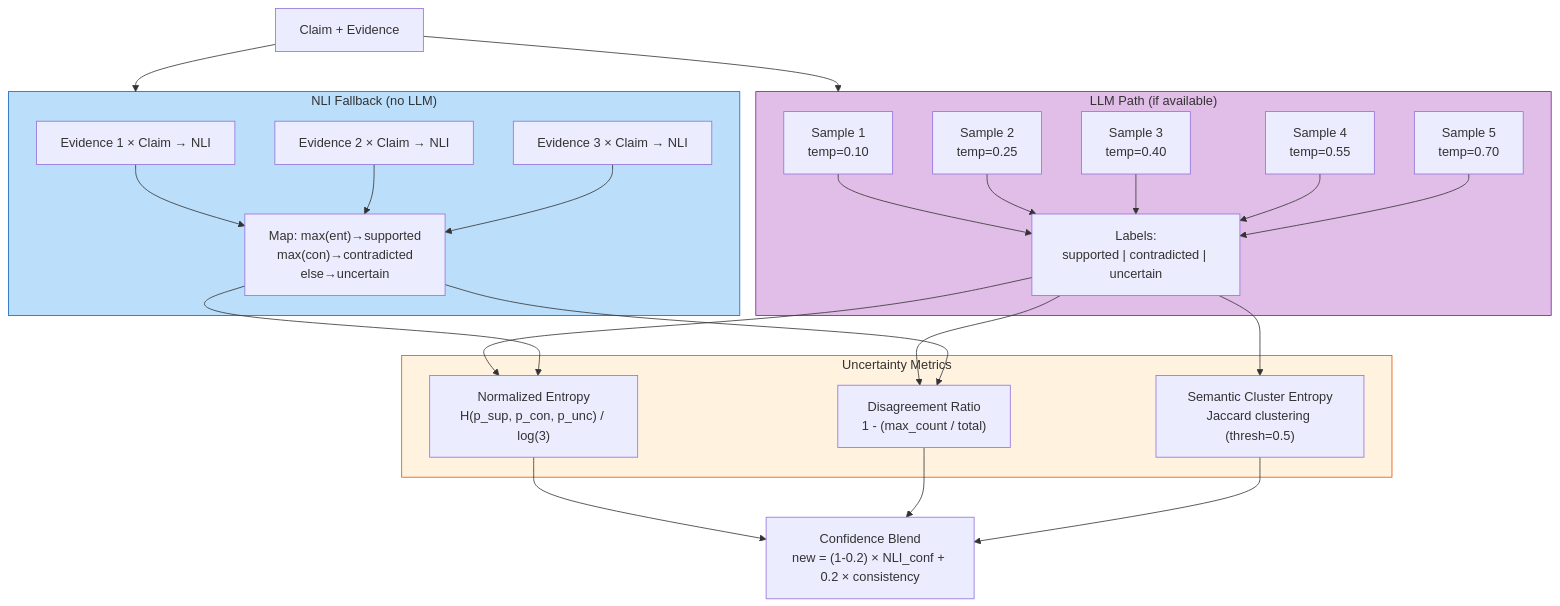
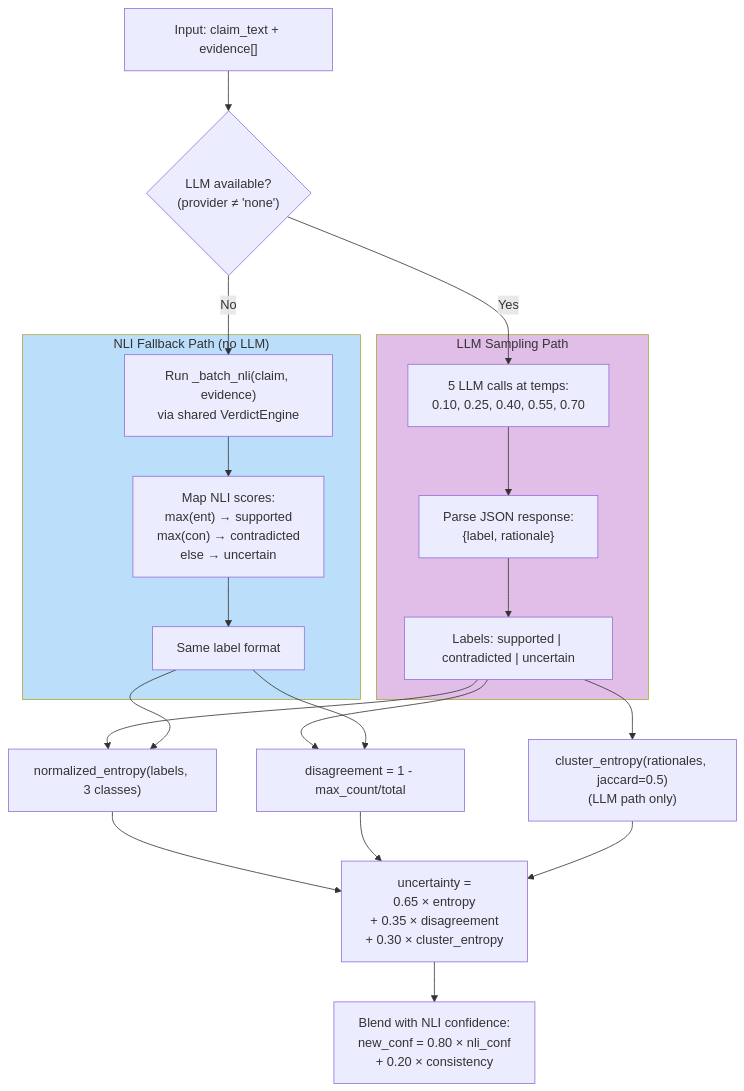
Before and after one commit to ASHISH-ADITYA/VeriFACT-AI: the sixth of 10 diagrams in DIAGRAMS_MERMAID.md, drawn with Mermaid. The commit also changed other lines of this file, not shown here.

Commit message:
Rewrite all 10 diagrams: verified against source code, exact decision branches

````diff
--- a/DIAGRAMS_MERMAID.md
+++ b/DIAGRAMS_MERMAID.md
@@ -341,55 +343,44 @@
 ```mermaid
 graph TD
-    CLAIM["Claim + Evidence"]
+    INPUT["Input: claim_text + evidence[]"]
 
-    subgraph LLM_PATH["LLM Path (if available)"]
-        S1["Sample 1<br/>temp=0.10"]
-        S2["Sample 2<br/>temp=0.25"]
-        S3["Sample 3<br/>temp=0.40"]
-        S4["Sample 4<br/>temp=0.55"]
-        S5["Sample 5<br/>temp=0.70"]
-        LABELS["Labels:<br/>supported | contradicted | uncertain"]
+    CHECK{"LLM available?\n(provider ≠ 'none')"}
+
+    subgraph LLM_PATH["LLM Sampling Path"]
+        SAMPLE["5 LLM calls at temps:\n0.10, 0.25, 0.40, 0.55, 0.70"]
+        PARSE["Parse JSON response:\n{label, rationale}"]
+        LABELS_LLM["Labels: supported | contradicted | uncertain"]
     end
 
-    subgraph NLI_PATH["NLI Fallback (no LLM)"]
-        E1["Evidence 1 × Claim → NLI"]
-        E2["Evidence 2 × Claim → NLI"]
-        E3["Evidence 3 × Claim → NLI"]
-        NLILABELS["Map: max(ent)→supported<br/>max(con)→contradicted<br/>else→uncertain"]
+    subgraph NLI_PATH["NLI Fallback Path (no LLM)"]
+        NLI_RUN["Run _batch_nli(claim, evidence)\nvia shared VerdictEngine"]
+        MAP["Map NLI scores:\nmax(ent) → supported\nmax(con) → contradicted\nelse → uncertain"]
+        LABELS_NLI["Same label format"]
     end
 
-    subgraph METRICS["Uncertainty Metrics"]
-        ENT["Normalized Entropy<br/>H(p_sup, p_con, p_unc) / log(3)"]
-        DIS["Disagreement Ratio<br/>1 - (max_count / total)"]
-        SEM["Semantic Cluster Entropy<br/>Jaccard clustering (thresh=0.5)"]
-    end
+    ENTROPY["normalized_entropy(labels, 3 classes)"]
+    DISAGREE["disagreement = 1 - max_count/total"]
+    CLUSTER["cluster_entropy(rationales, jaccard=0.5)\n(LLM path only)"]
 
-    BLEND["Confidence Blend<br/>new = (1-0.2) × NLI_conf + 0.2 × consistency"]
+    UNCERTAINTY["uncertainty =\n0.65 × entropy\n+ 0.35 × disagreement\n+ 0.30 × cluster_entropy"]
 
-    CLAIM --> LLM_PATH
-    CLAIM --> NLI_PATH
+    BLEND["Blend with NLI confidence:\nnew_conf = 0.80 × nli_conf\n+ 0.20 × consistency"]
 
-    S1 --> LABELS
-    S2 --> LABELS
-    S3 --> LABELS
-    S4 --> LABELS
-    S5 --> LABELS
+    INPUT --> CHECK
+    CHECK -->|"Yes"| SAMPLE
+    CHECK -->|"No"| NLI_RUN
+    SAMPLE --> PARSE --> LABELS_LLM
+    NLI_RUN --> MAP --> LABELS_NLI
+    LABELS_LLM --> ENTROPY
+    LABELS_LLM --> DISAGREE
+    LABELS_LLM --> CLUSTER
+    LABELS_NLI --> ENTROPY
+    LABELS_NLI --> DISAGREE
+    ENTROPY --> UNCERTAINTY
+    DISAGREE --> UNCERTAINTY
+    CLUSTER --> UNCERTAINTY
+    UNCERTAINTY --> BLEND
 
-    E1 --> NLILABELS
-    E2 --> NLILABELS
-    E3 --> NLILABELS
-
-    LABELS --> ENT
-    LABELS --> DIS
-    LABELS --> SEM
-    NLILABELS --> ENT
-    NLILABELS --> DIS
-
-    ENT --> BLEND
-    DIS --> BLEND
-    SEM --> BLEND
-
-    style LLM_PATH fill:#e1bee7,stroke:#7b1fa2
-    style NLI_PATH fill:#bbdefb,stroke:#1565c0
-    style METRICS fill:#fff3e0,stroke:#e65100
+    style LLM_PATH fill:#E1BEE7
+    style NLI_PATH fill:#BBDEFB
 ```
````
